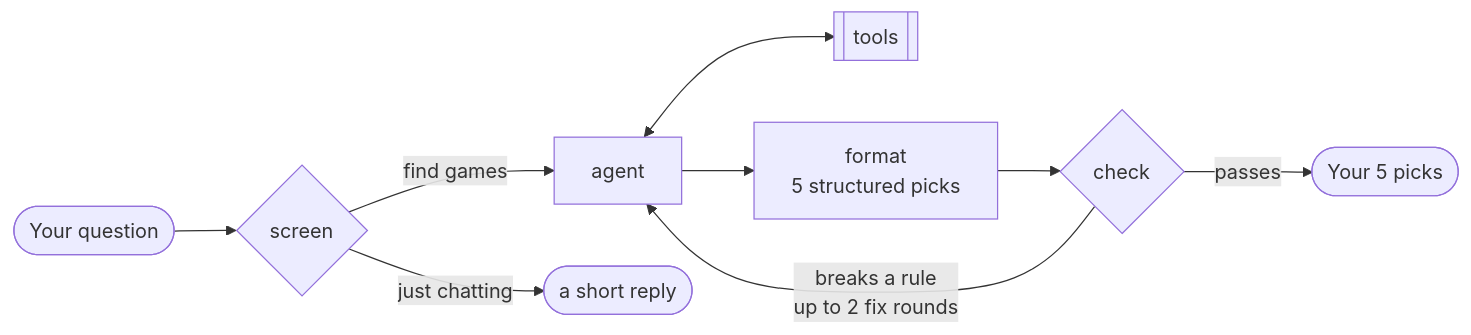
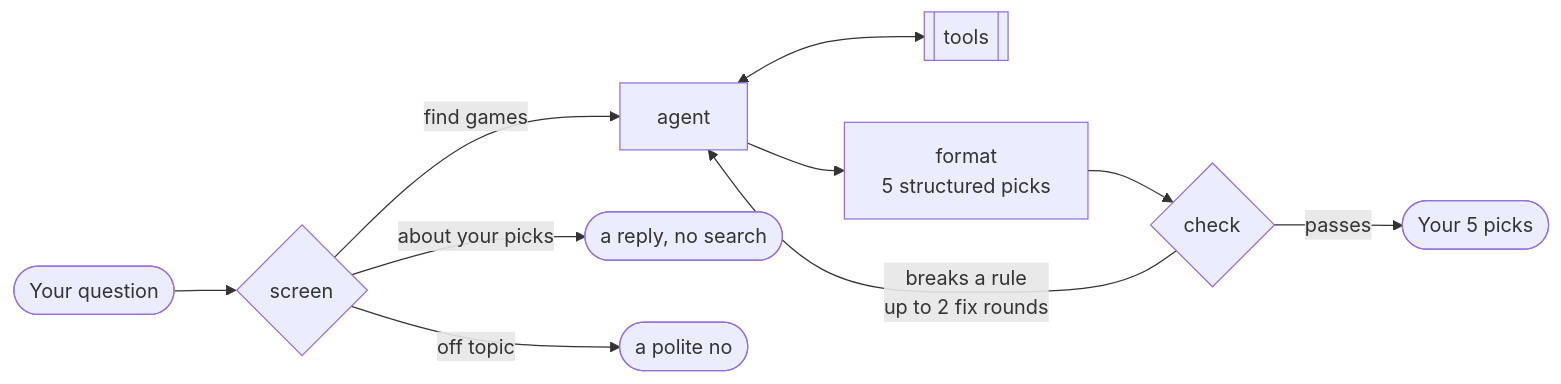
The first of 2 diagrams in README.md (Maorophir/imgm.app), drawn with Mermaid before and after one commit. The commit also changed other lines of this file, not shown here.

````diff
--- a/README.md
+++ b/README.md
@@ -102,11 +102,12 @@
 ```mermaid
 flowchart LR
     Q([Your question]) --> S{screen}
     S -- find games --> A[agent]
-    S -- just chatting --> C([a short reply])
+    S -- about your picks --> C([a reply, no search])
+    S -- off topic --> X([a polite no])
     A <--> T[[tools]]
     A --> F[format<br/>5 structured picks]
     F --> K{check}
     K -- breaks a rule<br/>up to 2 fix rounds --> A
     K -- passes --> R([Your 5 picks])
 ```
````
